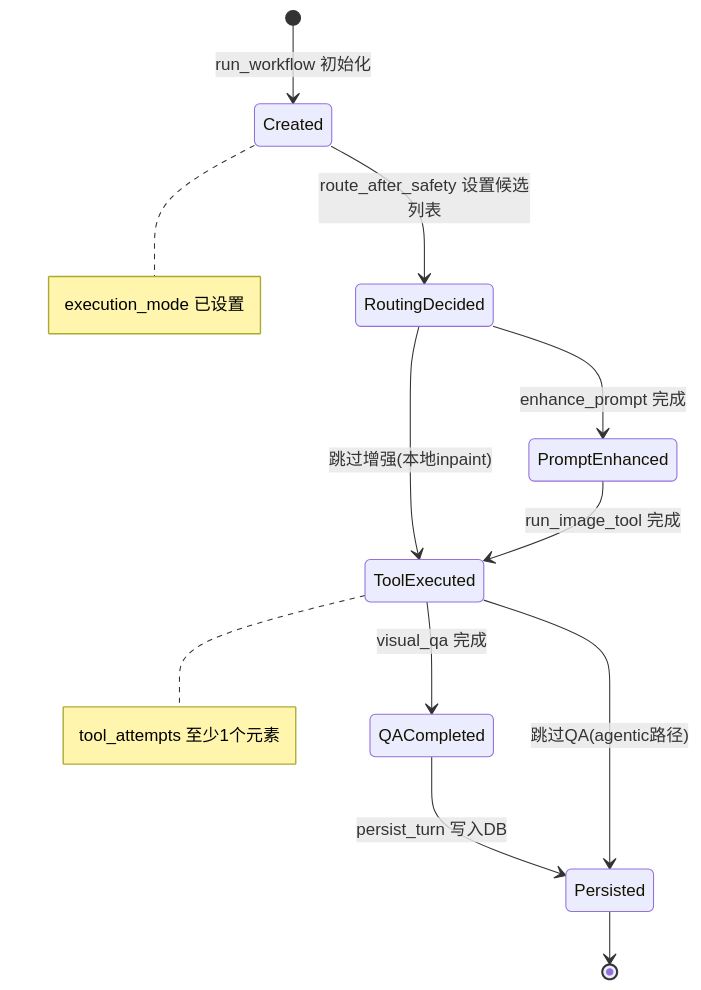
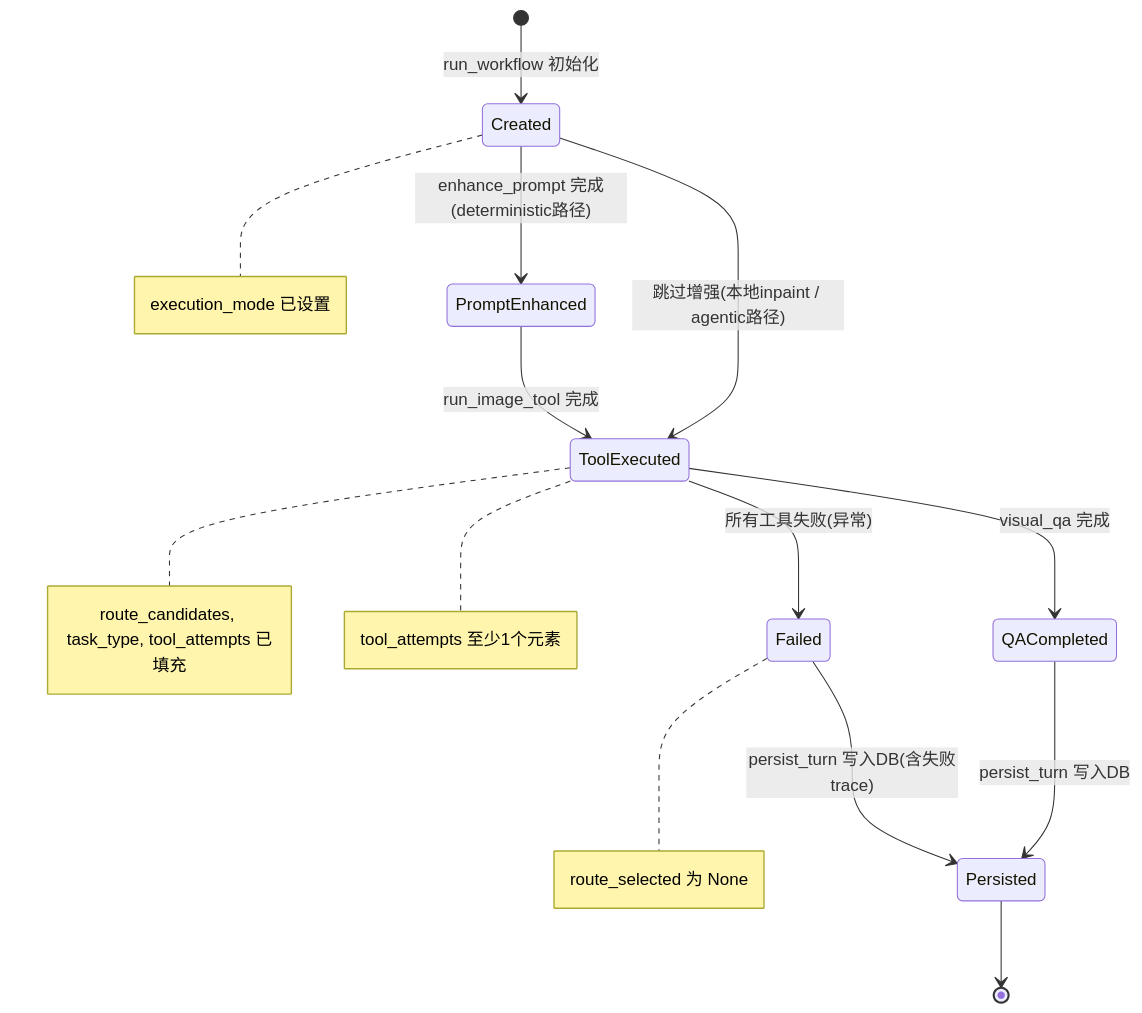
Before and after one commit to FGG100y/fmhWiki: the second of 3 diagrams in docs/trace-design.md, drawn with Mermaid. The commit also changed other lines of this file and 7 other files, not shown here.

````diff
--- a/docs/trace-design.md
+++ b/docs/trace-design.md
@@ -164,15 +162,17 @@
 ```mermaid
 stateDiagram-v2
     [*] --> Created: run_workflow 初始化
-    Created --> RoutingDecided: route_after_safety 设置候选列表
-    RoutingDecided --> PromptEnhanced: enhance_prompt 完成
-    RoutingDecided --> ToolExecuted: 跳过增强(本地inpaint)
+    Created --> PromptEnhanced: enhance_prompt 完成(deterministic路径)
+    Created --> ToolExecuted: 跳过增强(本地inpaint / agentic路径)
     PromptEnhanced --> ToolExecuted: run_image_tool 完成
+    note right of ToolExecuted: route_candidates, task_type, tool_attempts 已填充
     ToolExecuted --> QACompleted: visual_qa 完成
+    ToolExecuted --> Failed: 所有工具失败(异常)
     QACompleted --> Persisted: persist_turn 写入DB
-    ToolExecuted --> Persisted: 跳过QA(agentic路径)
+    Failed --> Persisted: persist_turn 写入DB(含失败trace)
     Persisted --> [*]
 
     note right of Created: execution_mode 已设置
     note right of ToolExecuted: tool_attempts 至少1个元素
+    note right of Failed: route_selected 为 None
 ```
````
